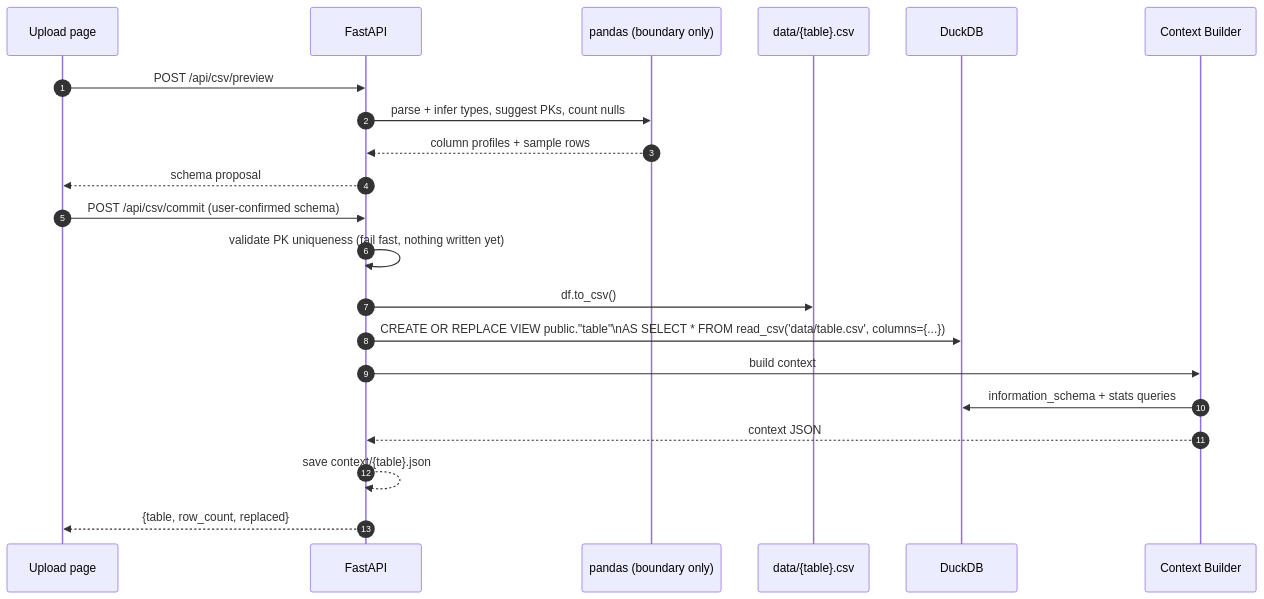
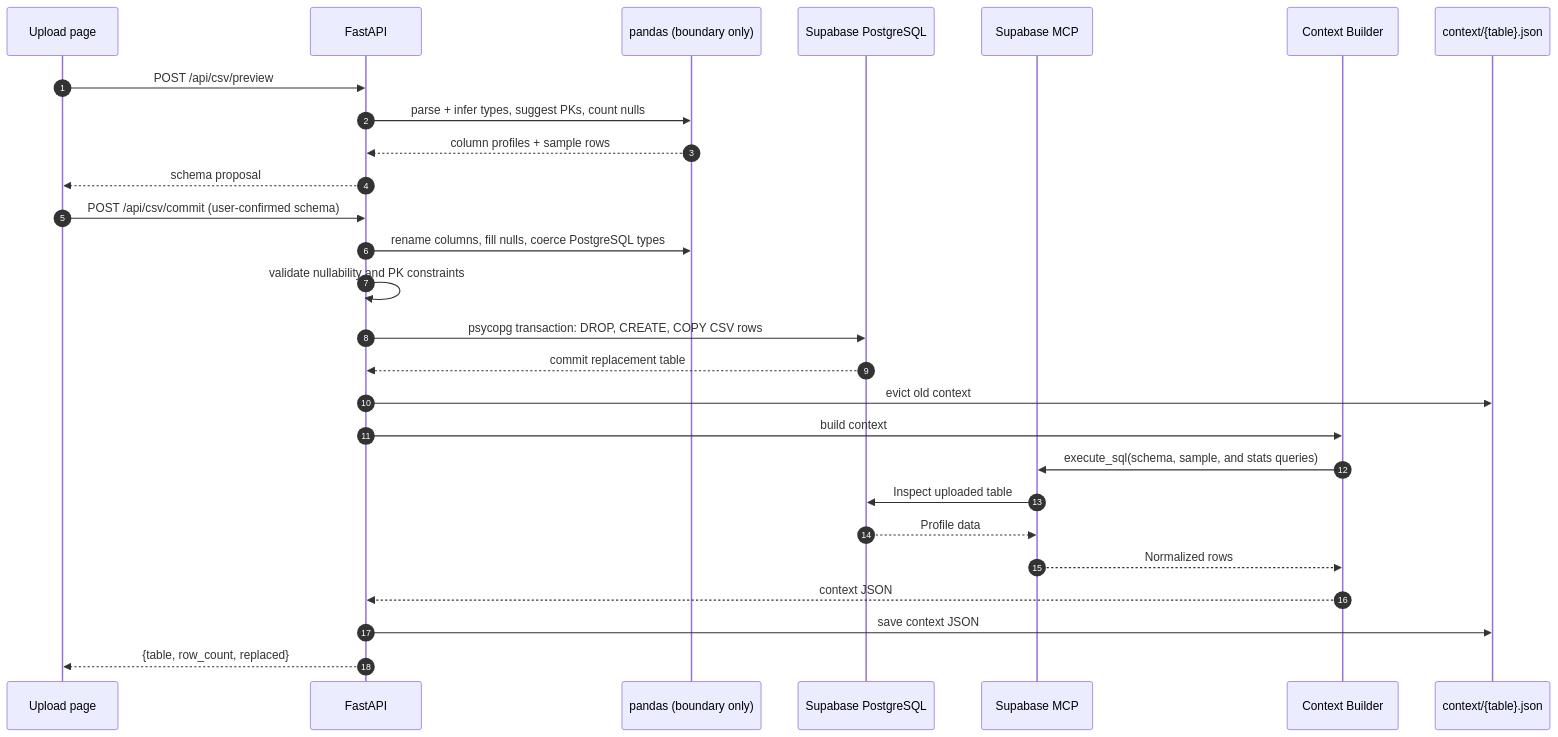
Before and after one commit to devangsharma-igna/csv-agent: the fifth of 5 diagrams in README.md, drawn with Mermaid. The commit also changed other lines of this file, not shown here.

Commit message:
diagram synched to application

````diff
--- a/README.md
+++ b/README.md
@@ -183,24 +224,30 @@
 ```mermaid
 sequenceDiagram
     autonumber
     participant FE as Upload page
     participant BE as FastAPI
     participant PD as pandas (boundary only)
-    participant FS as data/{table}.csv
-    participant DDB as DuckDB
+    participant PG as Supabase PostgreSQL
+    participant MCP as Supabase MCP
     participant CB as Context Builder
+    participant FS as context/{table}.json
 
     FE->>BE: POST /api/csv/preview
     BE->>PD: parse + infer types, suggest PKs, count nulls
     PD-->>BE: column profiles + sample rows
     BE-->>FE: schema proposal
     FE->>BE: POST /api/csv/commit (user-confirmed schema)
-    BE->>BE: validate PK uniqueness (fail fast, nothing written yet)
-    BE->>FS: df.to_csv()
-    BE->>DDB: CREATE OR REPLACE VIEW public."table"\nAS SELECT * FROM read_csv('data/table.csv', columns={...})
+    BE->>PD: rename columns, fill nulls, coerce PostgreSQL types
+    BE->>BE: validate nullability and PK constraints
+    BE->>PG: psycopg transaction: DROP, CREATE, COPY CSV rows
+    PG-->>BE: commit replacement table
+    BE->>FS: evict old context
     BE->>CB: build context
-    CB->>DDB: information_schema + stats queries
+    CB->>MCP: execute_sql(schema, sample, and stats queries)
+    MCP->>PG: Inspect uploaded table
+    PG-->>MCP: Profile data
+    MCP-->>CB: Normalized rows
     CB-->>BE: context JSON
-    BE-->>BE: save context/{table}.json
+    BE->>FS: save context JSON
     BE-->>FE: {table, row_count, replaced}
 ```
````
